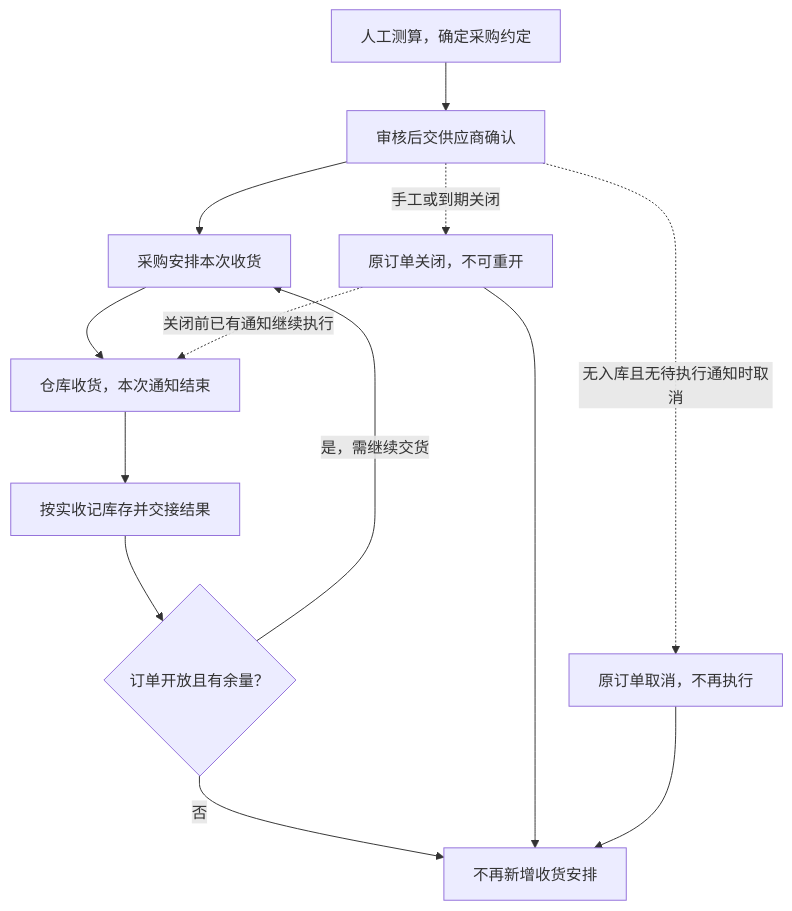
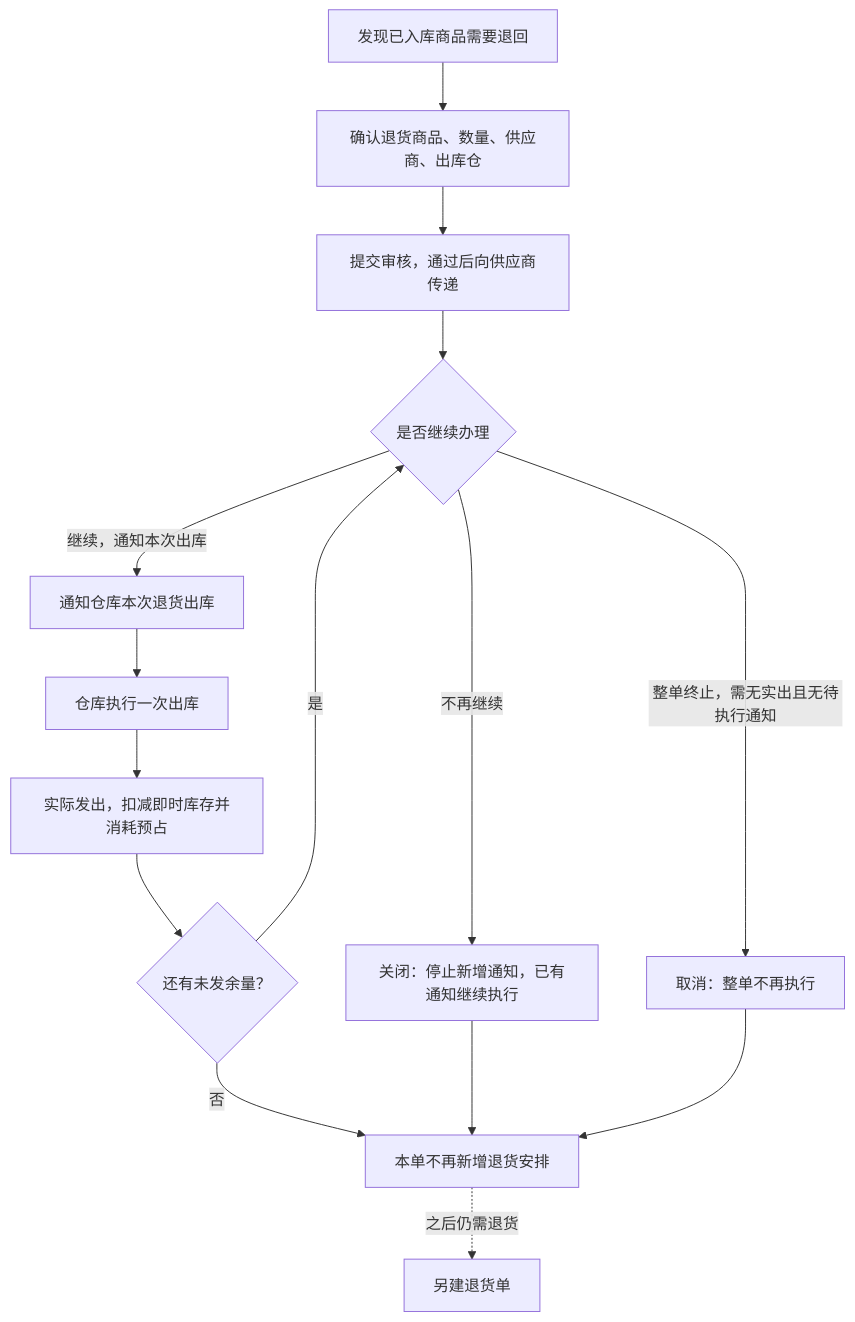
Before and after one commit to TopVitamin/QS-ERP-Project: the second of 2 diagrams in 03-业务分析和设计/01-采购业务设计.md, drawn with Mermaid. The commit also changed other lines of this file and 32 other files, not shown here.

````diff
--- a/03-业务分析和设计/01-采购业务设计.md
+++ b/03-业务分析和设计/01-采购业务设计.md
@@ -43,15 +151,17 @@
 ```mermaid
 flowchart TB
-    A[人工测算，确定采购约定] --> B[审核后交供应商确认]
-    B --> C[采购安排本次收货]
-    C --> D[仓库收货，本次通知结束]
-    D --> E[按实收记库存并交接结果]
-    E --> F{订单开放且有余量？}
-    F -->|是，需继续交货| C
-    F -->|否| G[不再新增收货安排]
-    B -.手工或到期关闭.-> H[原订单关闭，不可重开]
-    B -.无入库且无待执行通知时取消.-> I[原订单取消，不再执行]
-    H --> G
-    H -.关闭前已有通知继续执行.-> D
-    I --> G
+    A[发现已入库商品需要退回] --> B[确认退货商品、数量、供应商、出库仓]
+    B --> C[提交审核，通过后向供应商传递]
+    C --> D{是否继续办理}
+    D -->|继续，通知本次出库| E[通知仓库本次退货出库]
+    E --> F[仓库执行一次出库]
+    F --> G[实际发出，扣减即时库存并消耗预占]
+    G --> H{还有未发余量？}
+    H -->|是| D
+    H -->|否| I[本单不再新增退货安排]
+    D -->|不再继续| J[关闭：停止新增通知，已有通知继续执行]
+    D -->|整单终止，需无实出且无待执行通知| K[取消：整单不再执行]
+    J --> I
+    K --> I
+    I -.之后仍需退货.-> L[另建退货单]
 ```
````
